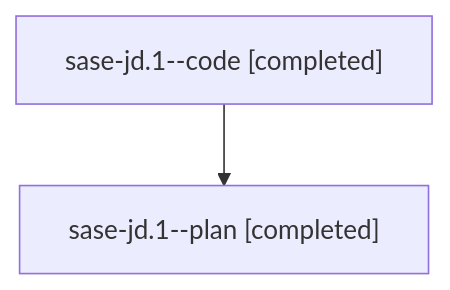
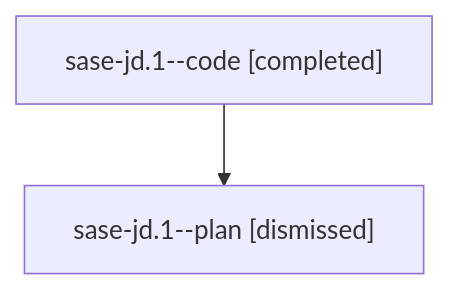
The diagram in families/bbugyi200.athena.sase-jd.1.md (sase-org/sase--agents), drawn with Mermaid before and after one commit. The commit also changed other lines of this file and 1973 other files, not shown here.

````diff
--- a/families/bbugyi200.athena.sase-jd.1.md
+++ b/families/bbugyi200.athena.sase-jd.1.md
@@ -9,6 +9,6 @@
 ```mermaid
 flowchart TD
   n0["sase-jd.1--code [completed]"]
-  n1["sase-jd.1--plan [completed]"]
+  n1["sase-jd.1--plan [dismissed]"]
   n0 --> n1
 ```
````
